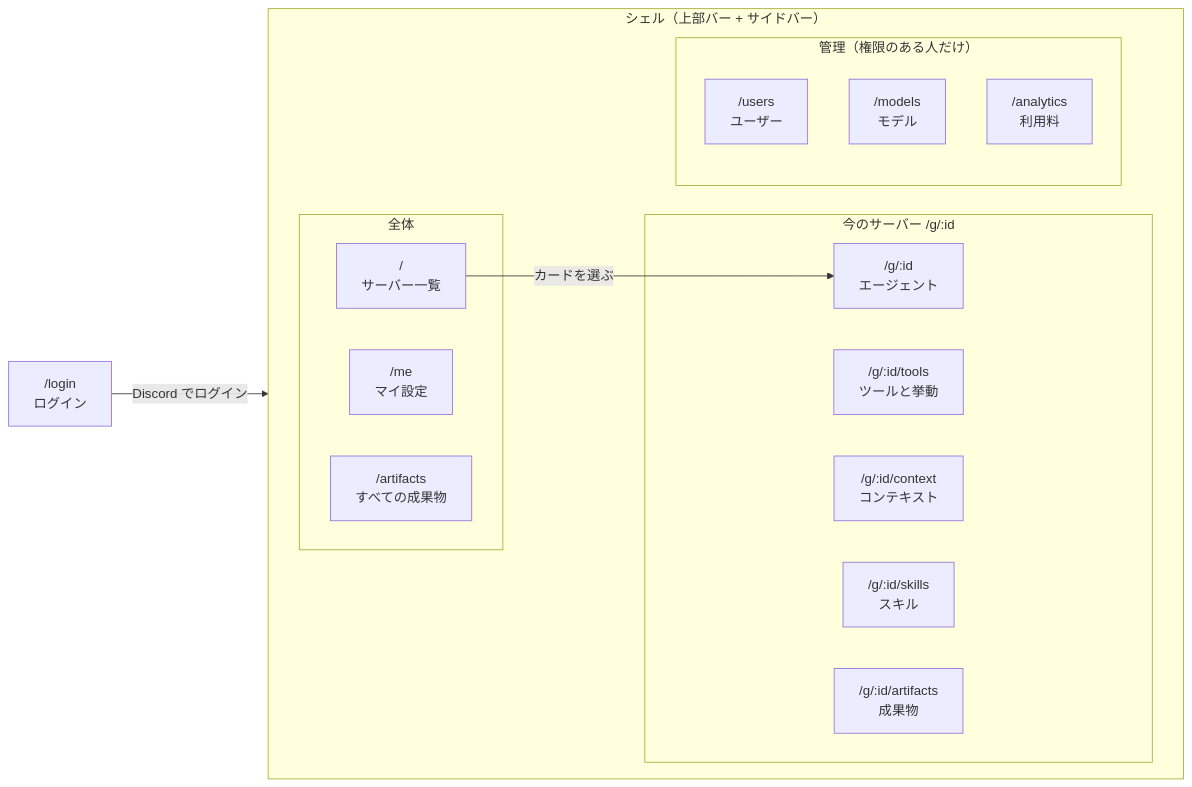
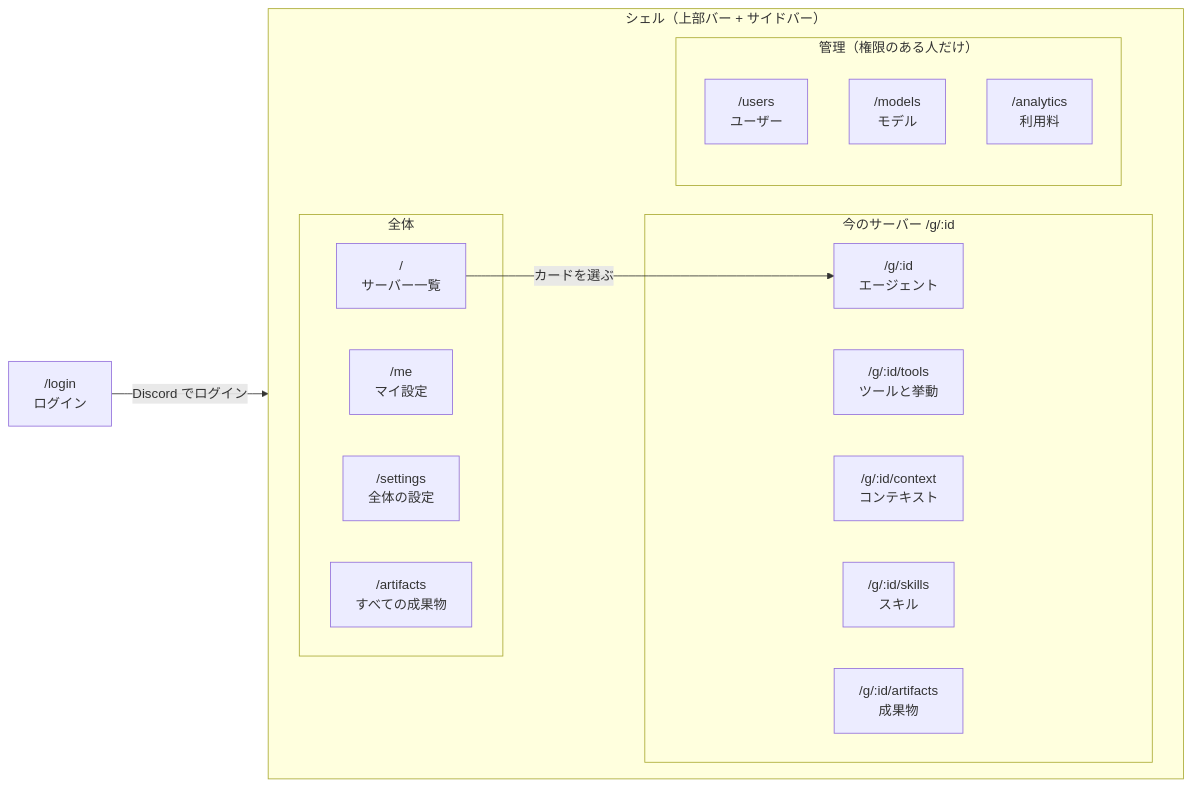
Before and after one commit to hsincode/hibana: the first of 2 diagrams in docs/web-dashboard.md, drawn with Mermaid. The commit also changed other lines of this file and 34 other files, not shown here.

````diff
--- a/docs/web-dashboard.md
+++ b/docs/web-dashboard.md
@@ -9,26 +9,27 @@
 ```mermaid
 flowchart LR
   login["/login<br>ログイン"]
   subgraph shell["シェル（上部バー + サイドバー）"]
     direction LR
     subgraph guild["今のサーバー /g/:id"]
       agent["/g/:id<br>エージェント"]
       tools["/g/:id/tools<br>ツールと挙動"]
       context["/g/:id/context<br>コンテキスト"]
       skills["/g/:id/skills<br>スキル"]
       gart["/g/:id/artifacts<br>成果物"]
     end
     subgraph all["全体"]
       servers["/<br>サーバー一覧"]
       me["/me<br>マイ設定"]
+      appsettings["/settings<br>全体の設定"]
       artifacts["/artifacts<br>すべての成果物"]
     end
     subgraph admin["管理（権限のある人だけ）"]
       users["/users<br>ユーザー"]
       models["/models<br>モデル"]
       analytics["/analytics<br>利用料"]
     end
   end
   login -- "Discord でログイン" --> servers
   servers -- "カードを選ぶ" --> agent
 ```
````
